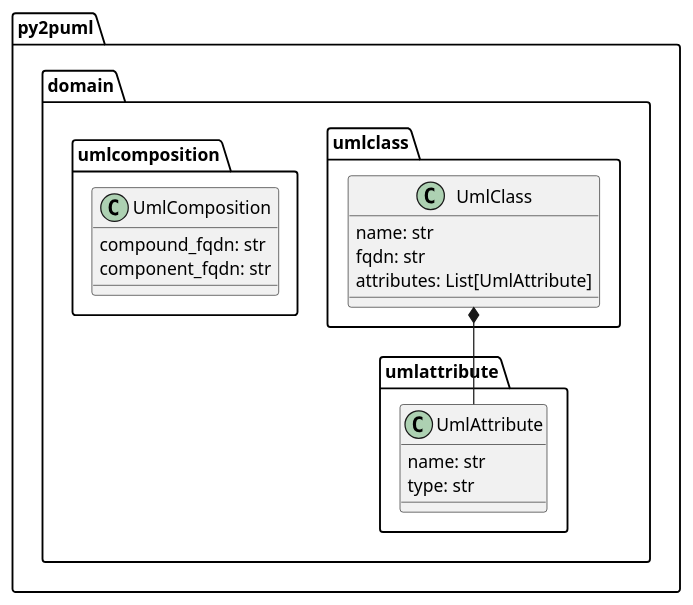
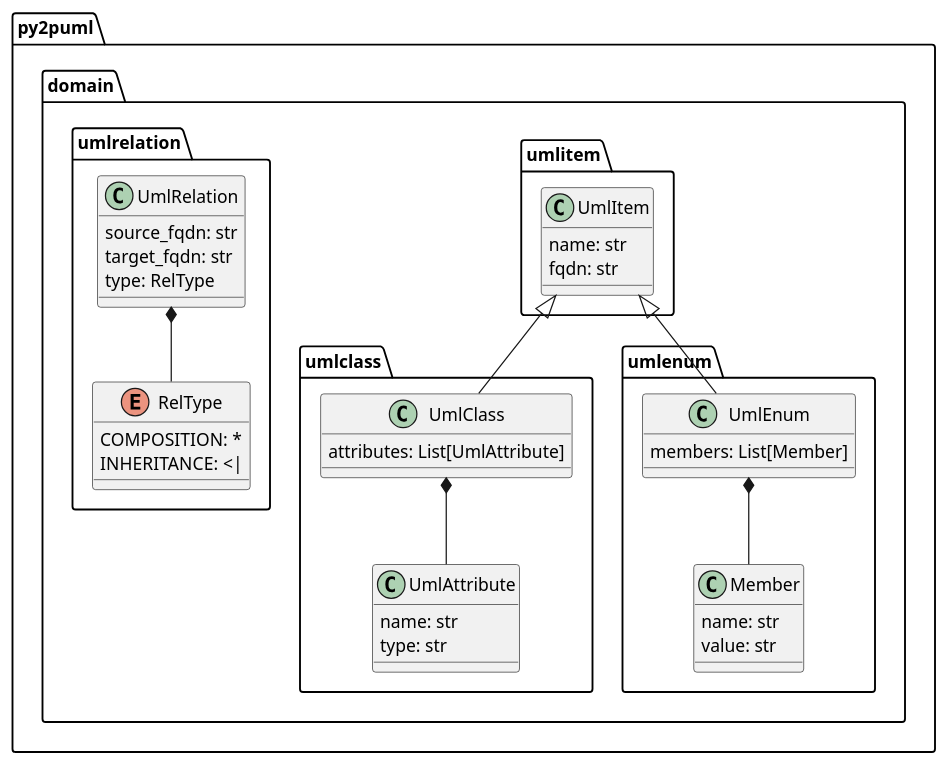
One commit to lucsorel/py2puml changed the diagram in README.md. Above: the diagram before and after it, drawn with PlantUML. The commit also changed other lines of this file and 16 other files, not shown here.

````diff
--- a/README.md
+++ b/README.md
@@ -70,18 +80,36 @@
 ```plantuml
 @startuml
-class py2puml.domain.umlattribute.UmlAttribute {
+class py2puml.domain.umlclass.UmlAttribute {
   name: str
   type: str
 }
 class py2puml.domain.umlclass.UmlClass {
+  attributes: List[UmlAttribute]
+}
+class py2puml.domain.umlitem.UmlItem {
   name: str
   fqdn: str
-  attributes: List[UmlAttribute]
 }
-class py2puml.domain.umlcomposition.UmlComposition {
-  compound_fqdn: str
-  component_fqdn: str
+class py2puml.domain.umlenum.Member {
+  name: str
+  value: str
 }
-py2puml.domain.umlclass.UmlClass *-- py2puml.domain.umlattribute.UmlAttribute
+class py2puml.domain.umlenum.UmlEnum {
+  members: List[Member]
+}
+enum py2puml.domain.umlrelation.RelType {
+  COMPOSITION: *
+  INHERITANCE: <|
+}
+class py2puml.domain.umlrelation.UmlRelation {
+  source_fqdn: str
+  target_fqdn: str
+  type: RelType
+}
+py2puml.domain.umlclass.UmlClass *-- py2puml.domain.umlclass.UmlAttribute
+py2puml.domain.umlitem.UmlItem <|-- py2puml.domain.umlclass.UmlClass
+py2puml.domain.umlenum.UmlEnum *-- py2puml.domain.umlenum.Member
+py2puml.domain.umlitem.UmlItem <|-- py2puml.domain.umlenum.UmlEnum
+py2puml.domain.umlrelation.UmlRelation *-- py2puml.domain.umlrelation.RelType
 @enduml
 ```
````
